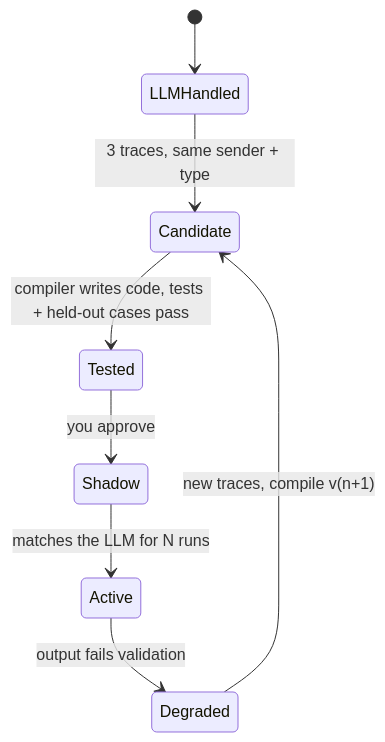
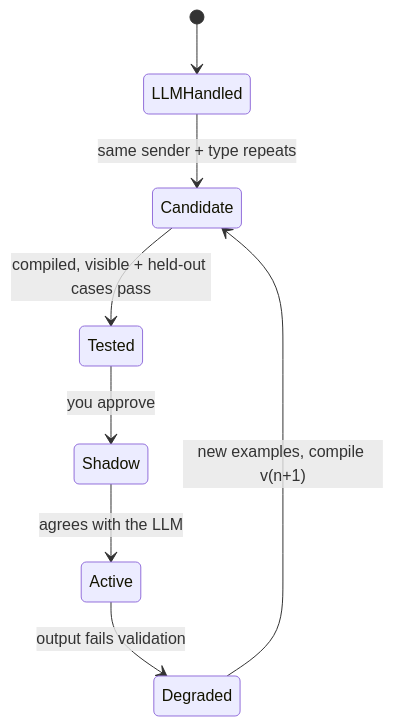
Before and after one commit to Aryannnthakurrr/sorted: the diagram in README.md, drawn with Mermaid. The commit also changed other lines of this file and 1 other file, not shown here.

````diff
--- a/README.md
+++ b/README.md
@@ -27,10 +38,10 @@
 ```mermaid
 stateDiagram-v2
     [*] --> LLMHandled
-    LLMHandled --> Candidate: 3 traces, same sender + type
-    Candidate --> Tested: compiler writes code, tests + held-out cases pass
+    LLMHandled --> Candidate: same sender + type repeats
+    Candidate --> Tested: compiled, visible + held-out cases pass
     Tested --> Shadow: you approve
-    Shadow --> Active: matches the LLM for N runs
+    Shadow --> Active: agrees with the LLM
     Active --> Degraded: output fails validation
-    Degraded --> Candidate: new traces, compile v(n+1)
+    Degraded --> Candidate: new examples, compile v(n+1)
 ```
````
